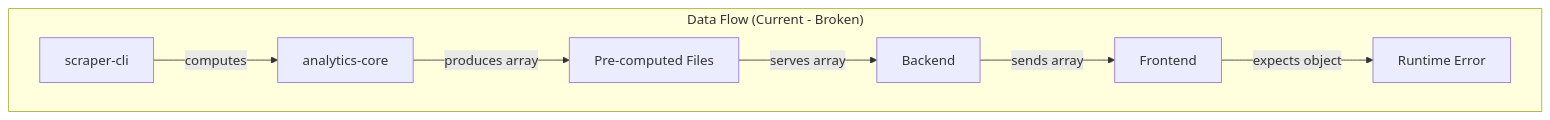
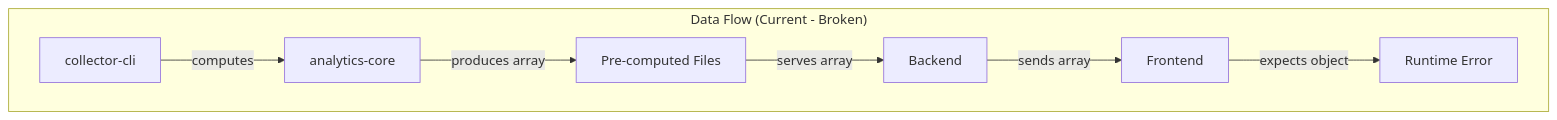
The first of 2 diagrams in .kiro/specs-archive/distinguished-clubs-type-fix/design.md (rservant/toast-stats), drawn with Mermaid before and after one commit. The commit also changed other lines of this file and 267 other files, not shown here.

First line of the commit message:
refactor: rename scraper-cli to collector-cli across the codebase (#99)

````diff
--- a/.kiro/specs-archive/distinguished-clubs-type-fix/design.md
+++ b/.kiro/specs-archive/distinguished-clubs-type-fix/design.md
@@ -16,10 +16,10 @@
 ```mermaid
 flowchart TB
     subgraph "Data Flow (Current - Broken)"
-        SC1[scraper-cli] --> |computes| AC1[analytics-core]
+        SC1[collector-cli] --> |computes| AC1[analytics-core]
         AC1 --> |produces array| PF1[Pre-computed Files]
         PF1 --> |serves array| BE1[Backend]
         BE1 --> |sends array| FE1[Frontend]
         FE1 --> |expects object| ERR[Runtime Error]
     end
 ```
````
